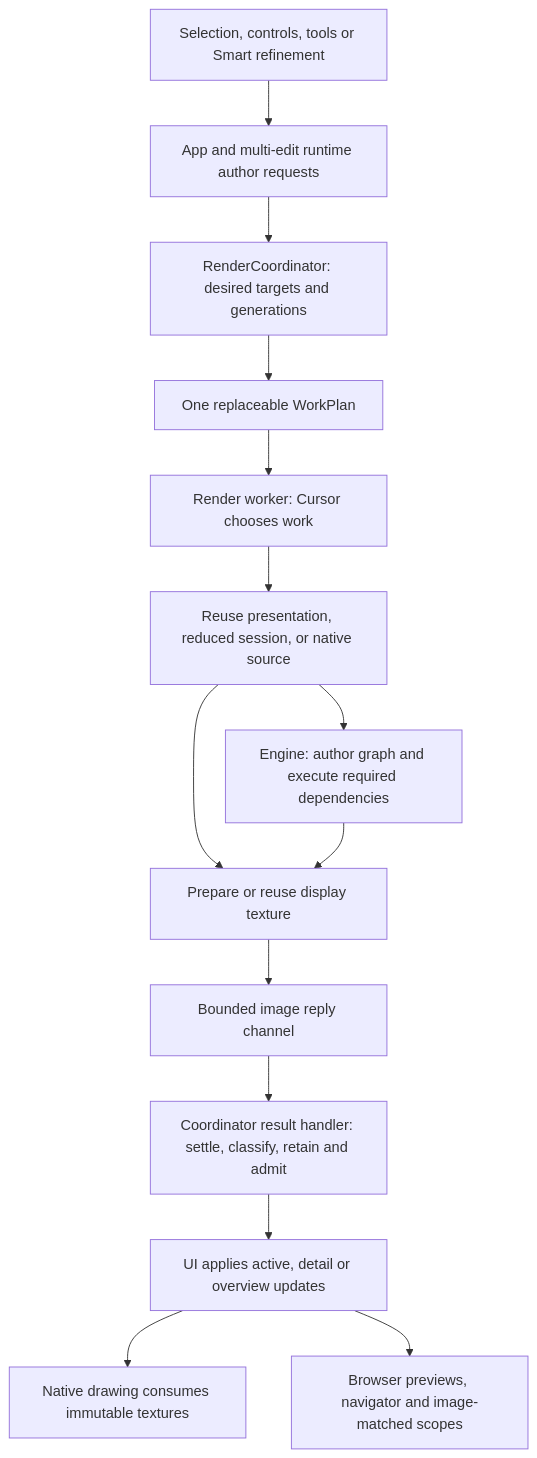
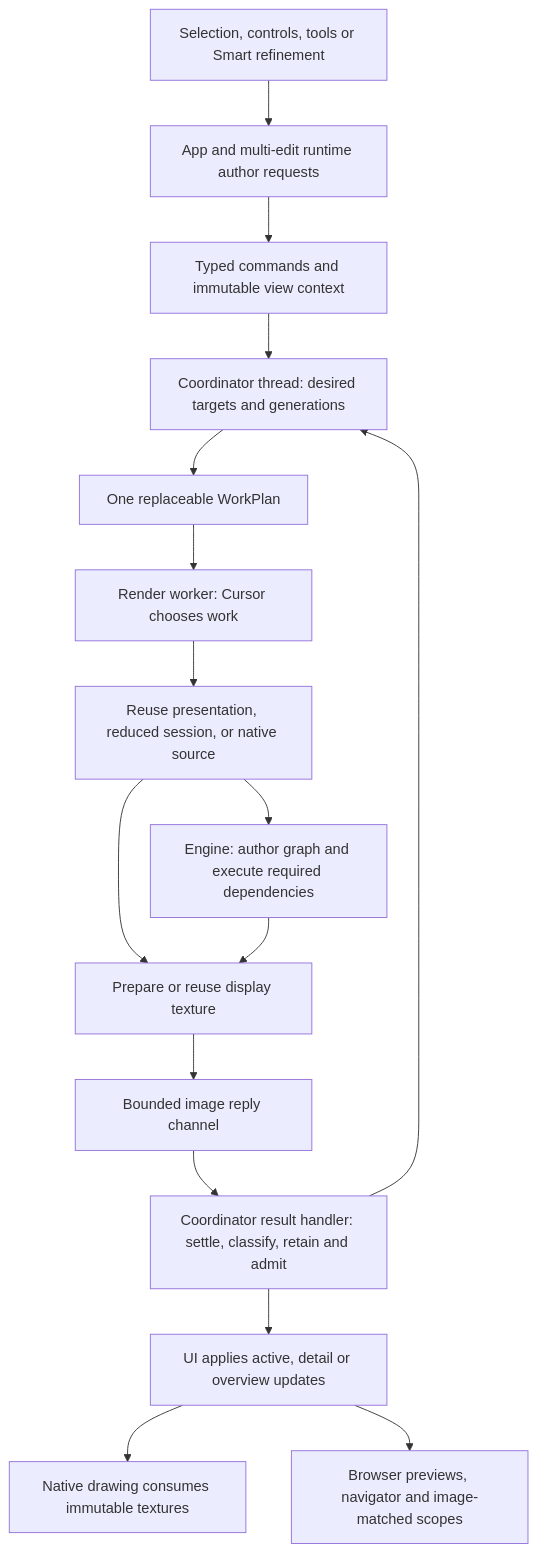
One commit to hank-bond/foveonic changed the first of 2 diagrams in docs/interactive-rendering-architecture.md. Above: the diagram before and after it, drawn with Mermaid. The commit also changed other lines of this file and 20 other files, not shown here.

Commit message:
Move render coordination off the UI thread

````diff
--- a/docs/interactive-rendering-architecture.md
+++ b/docs/interactive-rendering-architecture.md
@@ -16,16 +16,18 @@
 ```mermaid
 flowchart TD
     Edit[Selection, controls, tools or Smart refinement] --> UI[App and multi-edit runtime author requests]
-    UI --> Coordinator[RenderCoordinator: desired targets and generations]
+    UI --> Commands[Typed commands and immutable view context]
+    Commands --> Coordinator[Coordinator thread: desired targets and generations]
     Coordinator --> Plan[One replaceable WorkPlan]
     Plan --> Worker[Render worker: Cursor chooses work]
     Worker --> Reuse[Reuse presentation, reduced session, or native source]
     Reuse --> Numeric[Engine: author graph and execute required dependencies]
     Reuse --> View[Prepare or reuse display texture]
     Numeric --> View
     View --> Reply[Bounded image reply channel]
     Reply --> Handler[Coordinator result handler: settle, classify, retain and admit]
     Handler --> Frames[UI applies active, detail or overview updates]
+    Handler --> Coordinator
     Frames --> Draw[Native drawing consumes immutable textures]
     Frames --> Aux[Browser previews, navigator and image-matched scopes]
 ```
````
